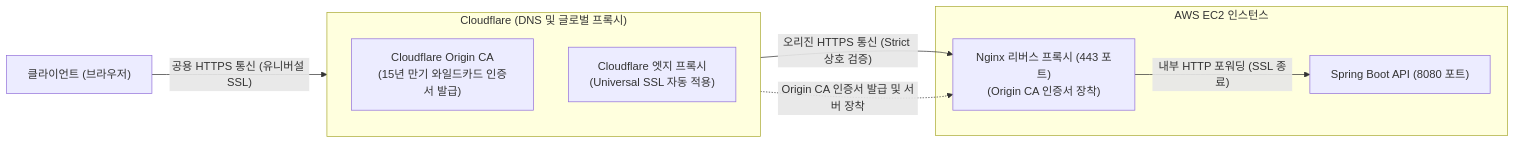
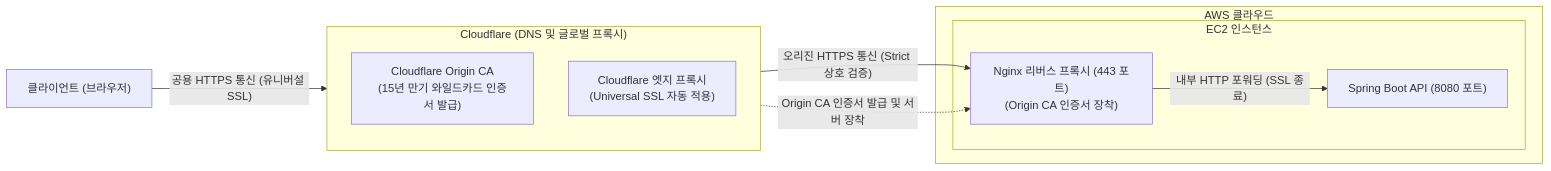
The second of 4 diagrams in guide/04.challenge.md (likelion-backend-25th/22-project-sns), drawn with Mermaid before and after one commit. The commit also changed other lines of this file, not shown here.

````diff
--- a/guide/04.challenge.md
+++ b/guide/04.challenge.md
@@ -261,20 +266,22 @@
 ```mermaid
 flowchart LR
     Client["클라이언트 (브라우저)"]
 
     subgraph CF["Cloudflare (DNS 및 글로벌 프록시)"]
         direction TB
         CF_CA["Cloudflare Origin CA<br/>(15년 만기 와일드카드 인증서 발급)"]
         CF_Edge["Cloudflare 엣지 프록시<br/>(Universal SSL 자동 적용)"]
     end
 
-    subgraph EC2["AWS EC2 인스턴스"]
-        Nginx["Nginx 리버스 프록시 (443 포트)<br/>(Origin CA 인증서 장착)"]
-        SpringBoot["Spring Boot API (8080 포트)"]
+    subgraph AWS["AWS 클라우드"]
+        subgraph EC2["EC2 인스턴스"]
+            Nginx["Nginx 리버스 프록시 (443 포트)<br/>(Origin CA 인증서 장착)"]
+            SpringBoot["Spring Boot API (8080 포트)"]
+        end
     end
 
     Client -->|"공용 HTTPS 통신 (유니버설 SSL)"| CF_Edge
     CF_Edge -->|"오리진 HTTPS 통신 (Strict 상호 검증)"| Nginx
     CF_CA -.->|"Origin CA 인증서 발급 및 서버 장착"| Nginx
     Nginx -->|"내부 HTTP 포워딩 (SSL 종료)"| SpringBoot
 ```
````
